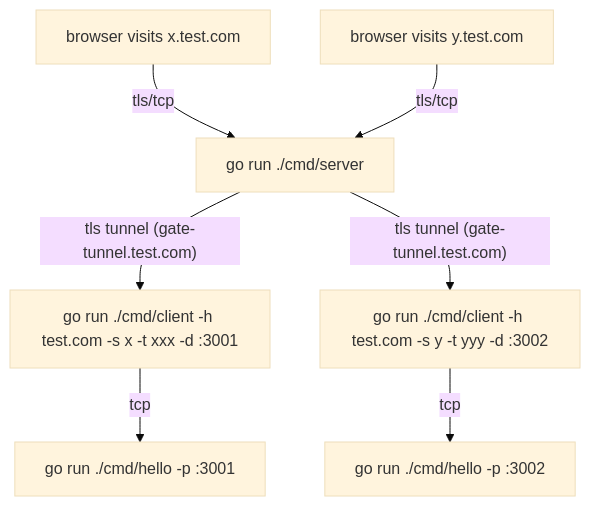
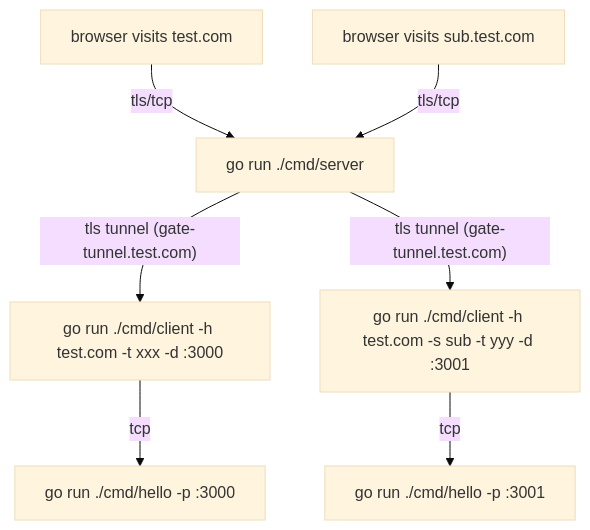
One commit to ysmood/gate changed the first of 2 diagrams in readme.md. Above: the diagram before and after it, drawn with Mermaid (base theme). The commit also changed other lines of this file and 9 other files, not shown here.

````diff
--- a/readme.md
+++ b/readme.md
@@ -48,17 +48,17 @@
 ```mermaid
 flowchart TB
-    browser1["browser visits x.test.com"]
-    browser2["browser visits y.test.com"]
+    browser1["browser visits test.com"]
+    browser2["browser visits sub.test.com"]
     server["go run ./cmd/server"]
-    x-client["go run ./cmd/client -h test.com -s x -t xxx -d :3001"]
-    y-client["go run ./cmd/client -h test.com -s y -t yyy -d :3002"]
-    x["go run ./cmd/hello -p :3001"]
-    y["go run ./cmd/hello -p :3002"]
+    x-client["go run ./cmd/client -h test.com -t xxx -d :3000"]
+    y-client["go run ./cmd/client -h test.com -s sub -t yyy -d :3001"]
+    x["go run ./cmd/hello -p :3000"]
+    y["go run ./cmd/hello -p :3001"]
 
     browser1 & browser2 -- tls/tcp --> server
 
     server -- "tls tunnel (gate-tunnel.test.com)" --> x-client & y-client
 
     x-client -- tcp --> x 
     y-client -- tcp --> y
 ```
````
